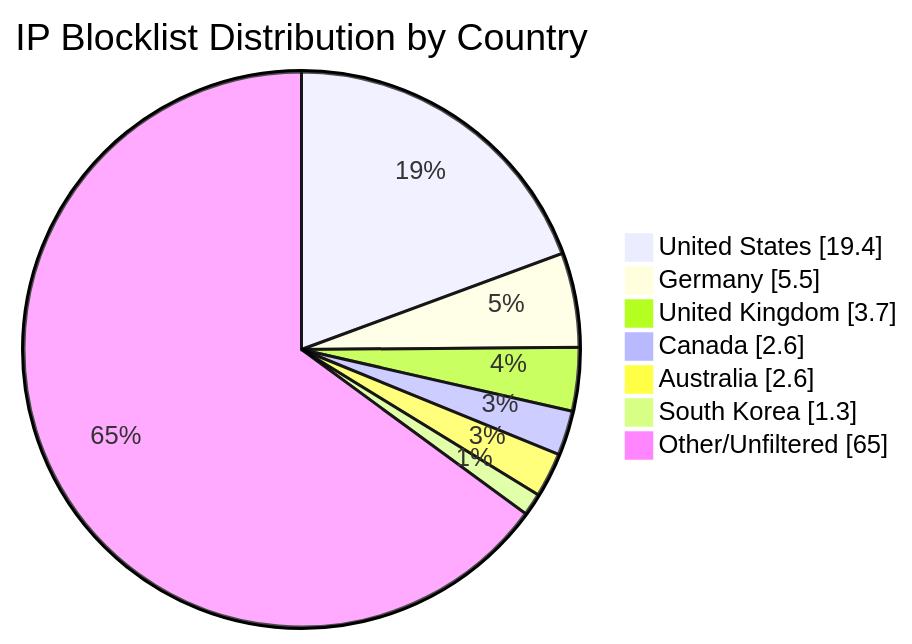
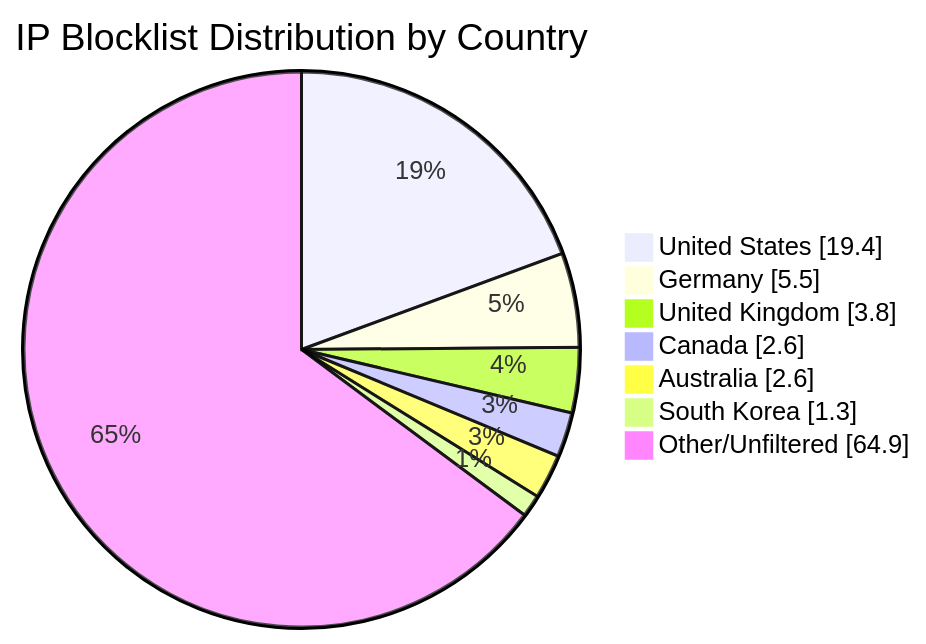
Before and after one commit to MarcusHoltz/ipblocklist-geofiltered-aggregator: the diagram in README.md, drawn with Mermaid. The commit also changed other lines of this file and 9 other files, not shown here.

````diff
--- a/README.md
+++ b/README.md
@@ -34,10 +34,10 @@
 ```mermaid
 pie showData title IP Blocklist Distribution by Country
 "United States" : 19.4
 "Germany" : 5.5
-"United Kingdom" : 3.7
+"United Kingdom" : 3.8
 "Canada" : 2.6
 "Australia" : 2.6
 "South Korea" : 1.3
-"Other/Unfiltered" : 65.0
+"Other/Unfiltered" : 64.9
 ```
````
